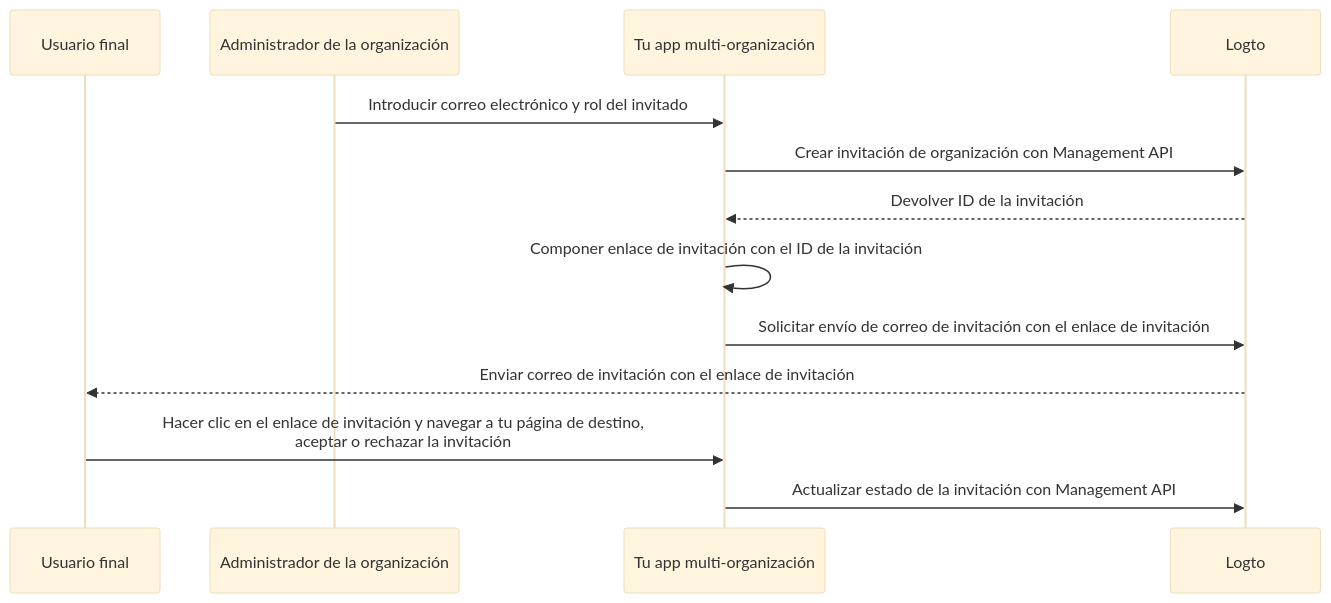
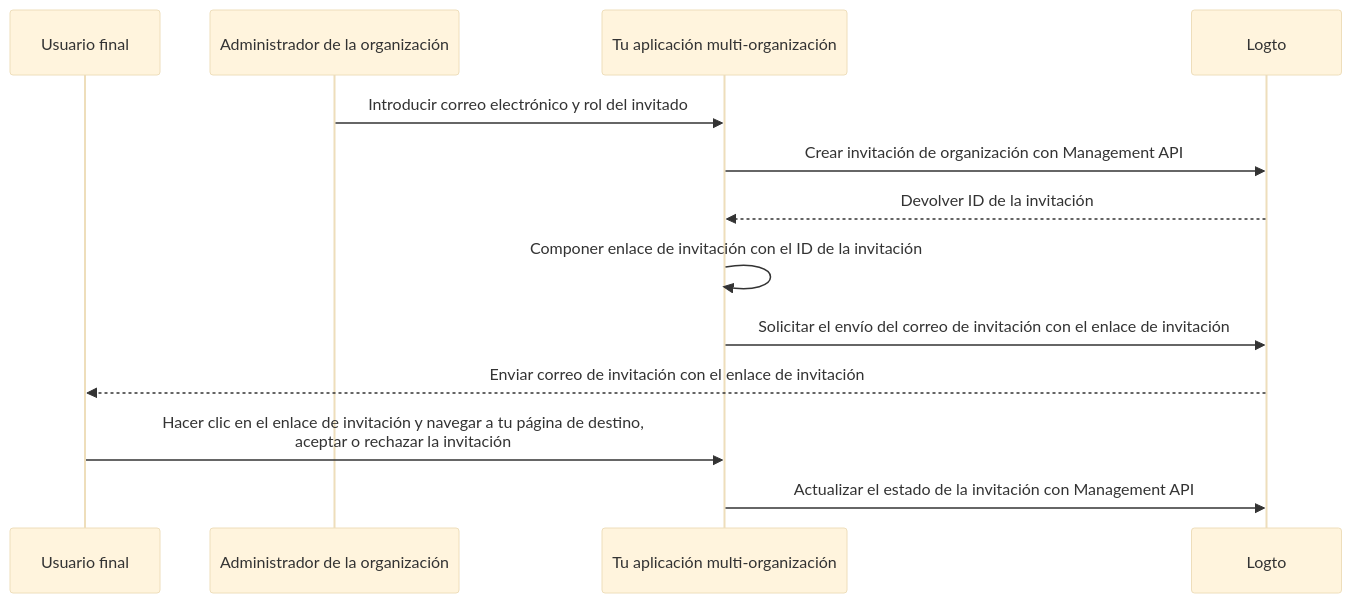
One commit to logto-io/docs changed the diagram in i18n/es/docusaurus-plugin-content-docs/current/end-user-flows/organization-experience/invite-organization-members.mdx. Above: the diagram before and after it, drawn with Mermaid (base theme). The commit also changed other lines of this file and 580 other files, not shown here.

````diff
--- a/i18n/es/docusaurus-plugin-content-docs/current/end-user-flows/organization-experience/invite-organization-members.mdx
+++ b/i18n/es/docusaurus-plugin-content-docs/current/end-user-flows/organization-experience/invite-organization-members.mdx
@@ -13,16 +13,16 @@
 ```mermaid
 sequenceDiagram
 	Participant U as Usuario final
   Participant A as Administrador de la organización
-  Participant C as Tu app multi-organización
+  Participant C as Tu aplicación multi-organización
 	Participant L as Logto
 
   A ->> C: Introducir correo electrónico y rol del invitado
   C ->> L: Crear invitación de organización con Management API
   L -->> C: Devolver ID de la invitación
   C ->> C: Componer enlace de invitación con el ID de la invitación
-  C ->> L: Solicitar envío de correo de invitación con el enlace de invitación
+  C ->> L: Solicitar el envío del correo de invitación con el enlace de invitación
   L -->> U: Enviar correo de invitación con el enlace de invitación
   U ->> C: Hacer clic en el enlace de invitación y navegar a tu página de destino,<br /> aceptar o rechazar la invitación
-  C ->> L: Actualizar estado de la invitación con Management API
+  C ->> L: Actualizar el estado de la invitación con Management API
 ```
````
